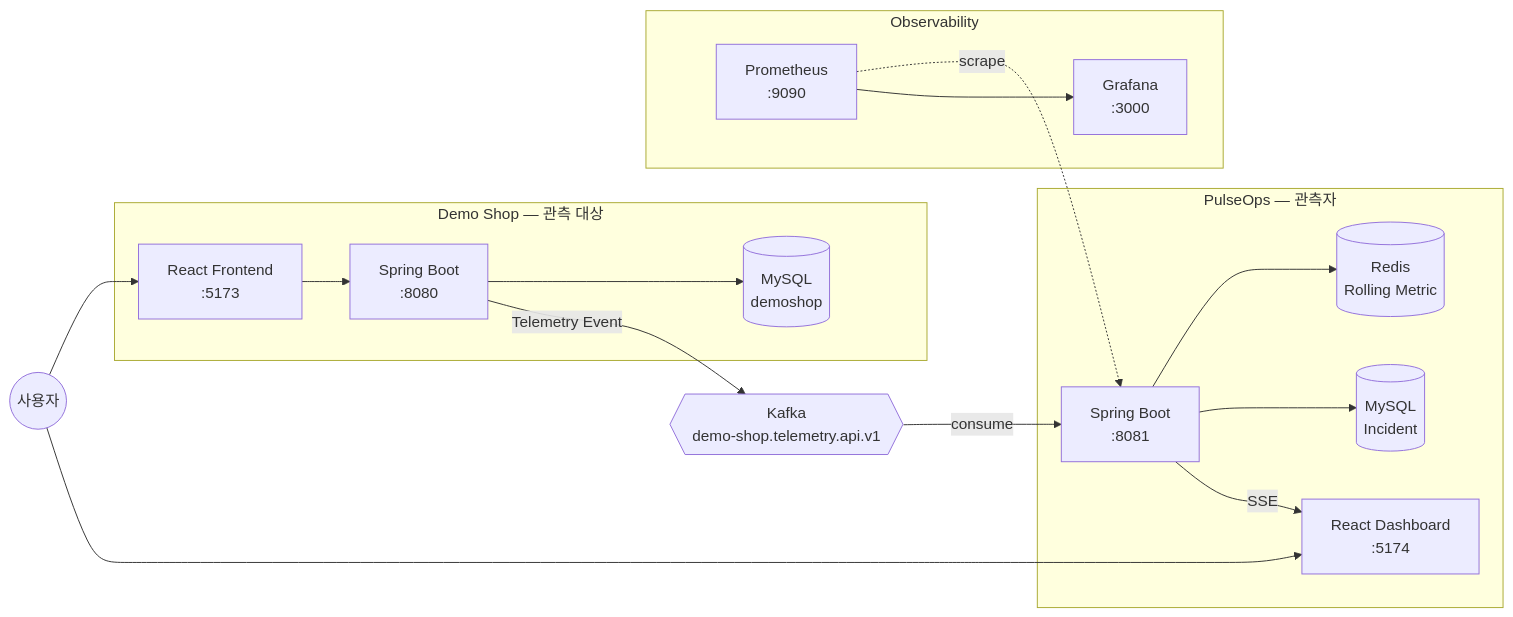
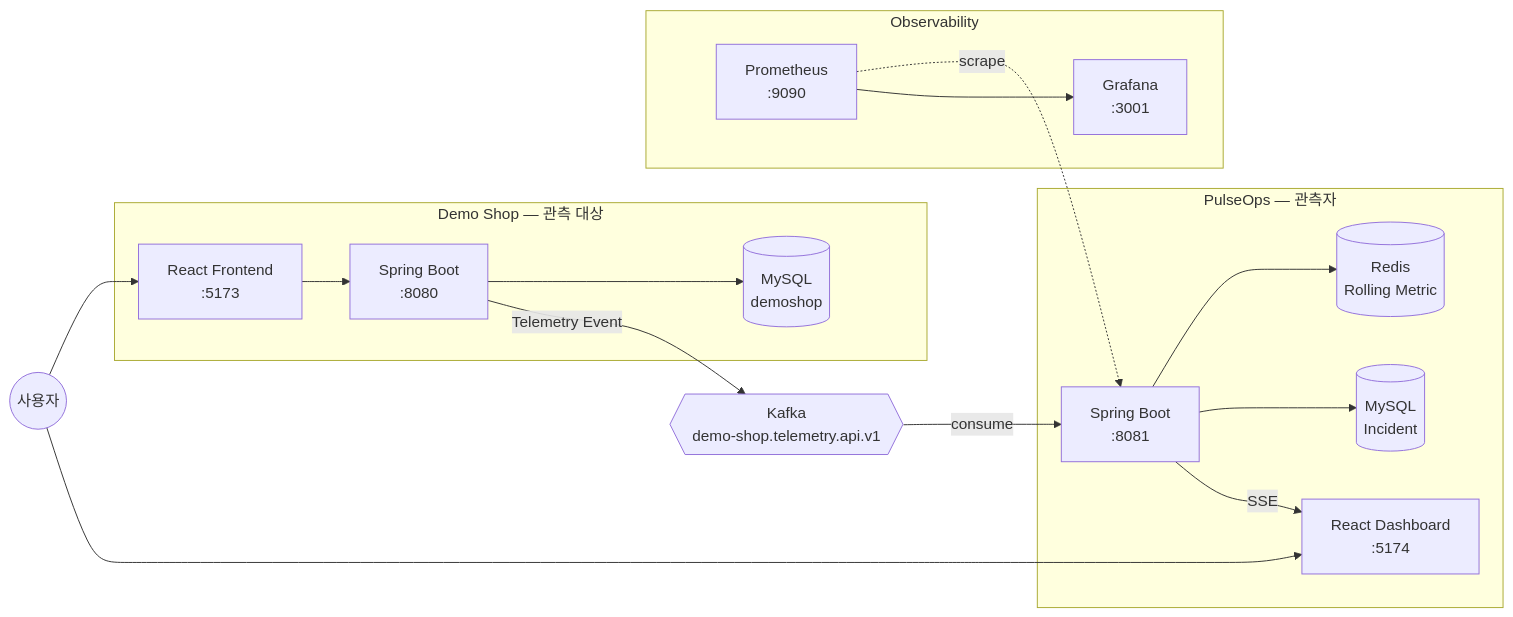
Before and after one commit to shimjeongho/pulseops: the diagram in README.md, drawn with Mermaid. The commit also changed other lines of this file and 6 other files, not shown here.

````diff
--- a/README.md
+++ b/README.md
@@ -61,36 +63,36 @@
 ```mermaid
 flowchart LR
     User((사용자))
 
     subgraph observed["Demo Shop — 관측 대상"]
         DSF["React Frontend<br/>:5173"]
         DSB["Spring Boot<br/>:8080"]
         DSDB[("MySQL<br/>demoshop")]
     end
 
     K{{"Kafka<br/>demo-shop.telemetry.api.v1"}}
 
     subgraph observer["PulseOps — 관측자"]
         POF["React Dashboard<br/>:5174"]
         POB["Spring Boot<br/>:8081"]
         R[("Redis<br/>Rolling Metric")]
         PODB[("MySQL<br/>Incident")]
     end
 
     subgraph obs["Observability"]
         PROM["Prometheus<br/>:9090"]
-        GRAF["Grafana<br/>:3000"]
+        GRAF["Grafana<br/>:3001"]
     end
 
     User --> DSF
     User --> POF
     DSF --> DSB
     DSB --> DSDB
     DSB -->|Telemetry Event| K
     K -->|consume| POB
     POB --> R
     POB --> PODB
     POB -->|SSE| POF
     PROM -.->|scrape| POB
     PROM --> GRAF
 ```
````
